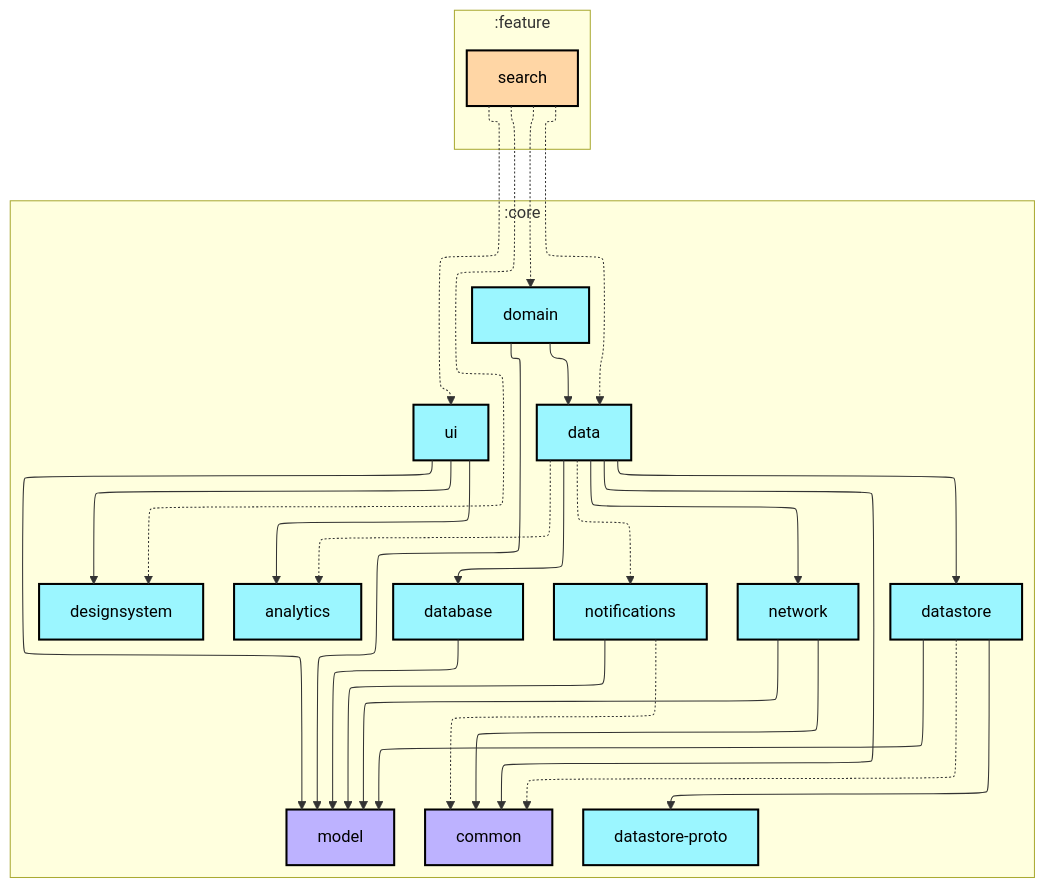
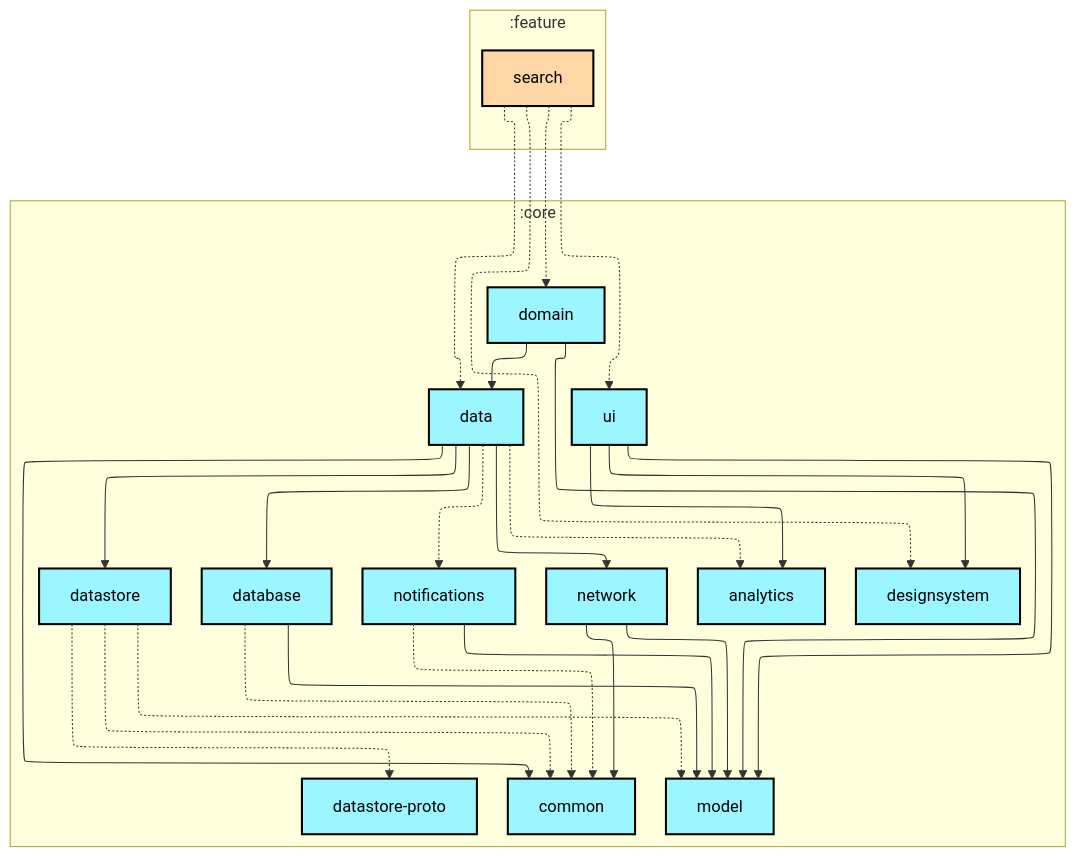
Before and after one commit to lihenggui/nowinkmp: the first of 2 diagrams in feature/search/README.md, drawn with Mermaid. The commit also changed other lines of this file and 29 other files, not shown here.

First line of the commit message:
Fix graphUpdate configuration cache compatibility

````diff
--- a/feature/search/README.md
+++ b/feature/search/README.md
@@ -6,59 +6,60 @@
 ```mermaid
 ---
 config:
   layout: elk
   elk:
     nodePlacementStrategy: SIMPLE
 ---
 graph TB
+  subgraph :feature
+    direction TB
+    :feature:search[search]:::cmp-feature
+  end
   subgraph :core
     direction TB
-    :core:analytics[analytics]:::android-library
-    :core:common[common]:::jvm-library
-    :core:data[data]:::android-library
-    :core:database[database]:::android-library
-    :core:datastore[datastore]:::android-library
-    :core:datastore-proto[datastore-proto]:::android-library
-    :core:designsystem[designsystem]:::android-library
-    :core:domain[domain]:::android-library
-    :core:model[model]:::jvm-library
-    :core:network[network]:::android-library
-    :core:notifications[notifications]:::android-library
-    :core:ui[ui]:::android-library
-  end
-  subgraph :feature
-    direction TB
-    :feature:search[search]:::android-feature
+    :core:analytics[analytics]:::kmp-library
+    :core:common[common]:::kmp-library
+    :core:data[data]:::kmp-library
+    :core:database[database]:::kmp-library
+    :core:datastore[datastore]:::kmp-library
+    :core:datastore-proto[datastore-proto]:::kmp-library
+    :core:designsystem[designsystem]:::kmp-library
+    :core:domain[domain]:::kmp-library
+    :core:model[model]:::kmp-library
+    :core:network[network]:::kmp-library
+    :core:notifications[notifications]:::kmp-library
+    :core:ui[ui]:::kmp-library
   end
 
   :core:data -.-> :core:analytics
   :core:data --> :core:common
   :core:data --> :core:database
   :core:data --> :core:datastore
   :core:data --> :core:network
   :core:data -.-> :core:notifications
+  :core:database -.-> :core:common
   :core:database --> :core:model
   :core:datastore -.-> :core:common
-  :core:datastore --> :core:datastore-proto
-  :core:datastore --> :core:model
+  :core:datastore -.-> :core:datastore-proto
+  :core:datastore -.-> :core:model
   :core:domain --> :core:data
   :core:domain --> :core:model
   :core:network --> :core:common
   :core:network --> :core:model
   :core:notifications -.-> :core:common
   :core:notifications --> :core:model
   :core:ui --> :core:analytics
   :core:ui --> :core:designsystem
   :core:ui --> :core:model
   :feature:search -.-> :core:data
   :feature:search -.-> :core:designsystem
   :feature:search -.-> :core:domain
   :feature:search -.-> :core:ui
 
-classDef android-application fill:#CAFFBF,stroke:#000,stroke-width:2px,color:#000;
-classDef android-feature fill:#FFD6A5,stroke:#000,stroke-width:2px,color:#000;
-classDef android-library fill:#9BF6FF,stroke:#000,stroke-width:2px,color:#000;
+classDef cmp-application fill:#CAFFBF,stroke:#000,stroke-width:2px,color:#000;
+classDef cmp-feature fill:#FFD6A5,stroke:#000,stroke-width:2px,color:#000;
+classDef kmp-library fill:#9BF6FF,stroke:#000,stroke-width:2px,color:#000;
+classDef jvm-library fill:#BDB2FF,stroke:#000,stroke-width:2px,color:#000;
 classDef android-test fill:#A0C4FF,stroke:#000,stroke-width:2px,color:#000;
-classDef jvm-library fill:#BDB2FF,stroke:#000,stroke-width:2px,color:#000;
 classDef unknown fill:#FFADAD,stroke:#000,stroke-width:2px,color:#000;
 ```
````
